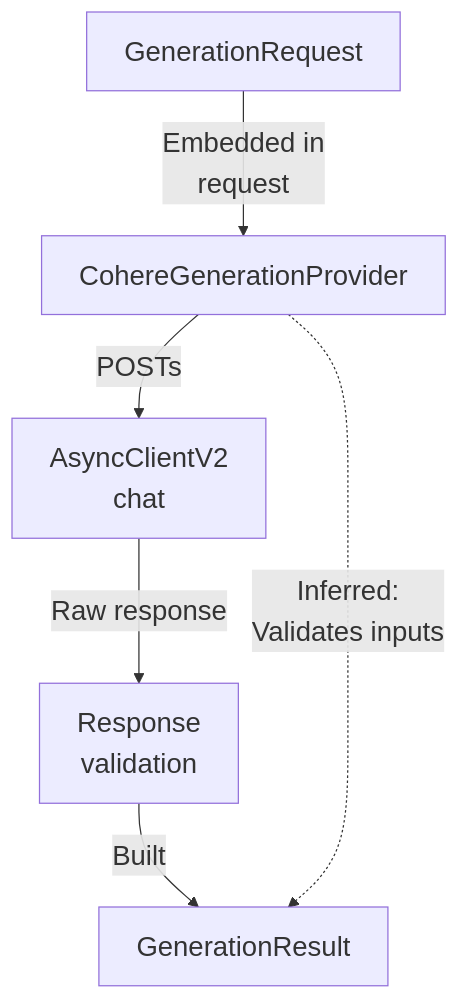
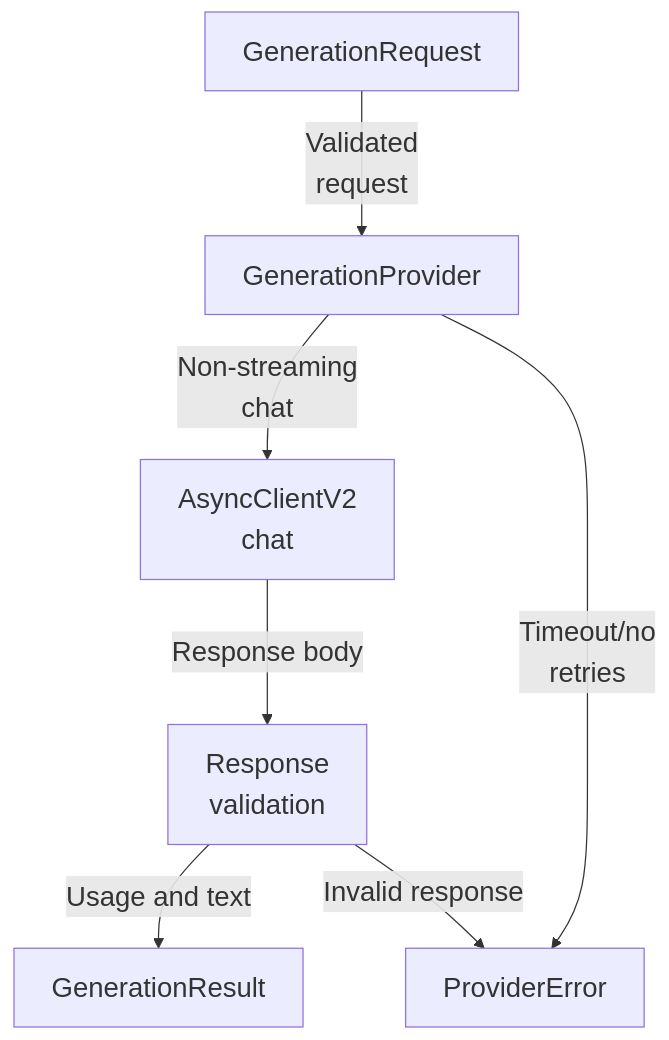
The third of 5 diagrams in maps/answers/README.md (Justin-Mendoza/Afterclass), drawn with Mermaid before and after one commit. The commit also changed other lines of this file and 83 other files, not shown here.

````diff
--- a/maps/answers/README.md
+++ b/maps/answers/README.md
@@ -115,14 +117,16 @@
 ```mermaid
 %%{init: {"themeVariables": {"fontSize": "22px"}}}%%
 flowchart TD
   n0["GenerationRequest"]
-  n1["CohereGenerationProvider"]
+  n1["GenerationProvider"]
   n2["AsyncClientV2<br/>chat"]
   n3["Response<br/>validation"]
   n4["GenerationResult"]
-  n0 -->|"Embedded in<br/>request"| n1
-  n1 -->|"POSTs"| n2
-  n2 -->|"Raw response"| n3
-  n3 -->|"Built"| n4
-  n1 -.->|"Inferred:<br/>Validates inputs"| n4
+  n5["ProviderError"]
+  n0 -->|"Validated<br/>request"| n1
+  n1 -->|"Non-streaming<br/>chat"| n2
+  n2 -->|"Response body"| n3
+  n3 -->|"Usage and text"| n4
+  n1 -->|"Timeout/no<br/>retries"| n5
+  n3 -->|"Invalid response"| n5
 ```
````
